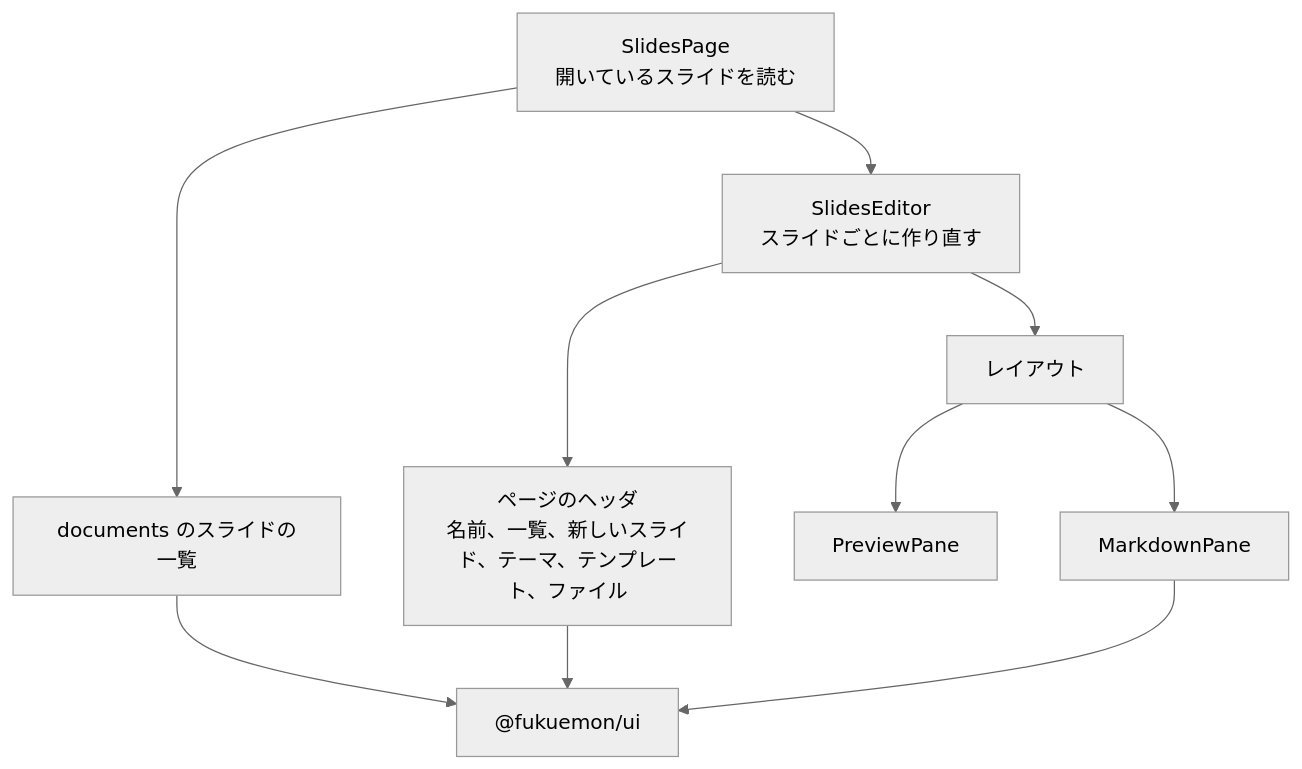
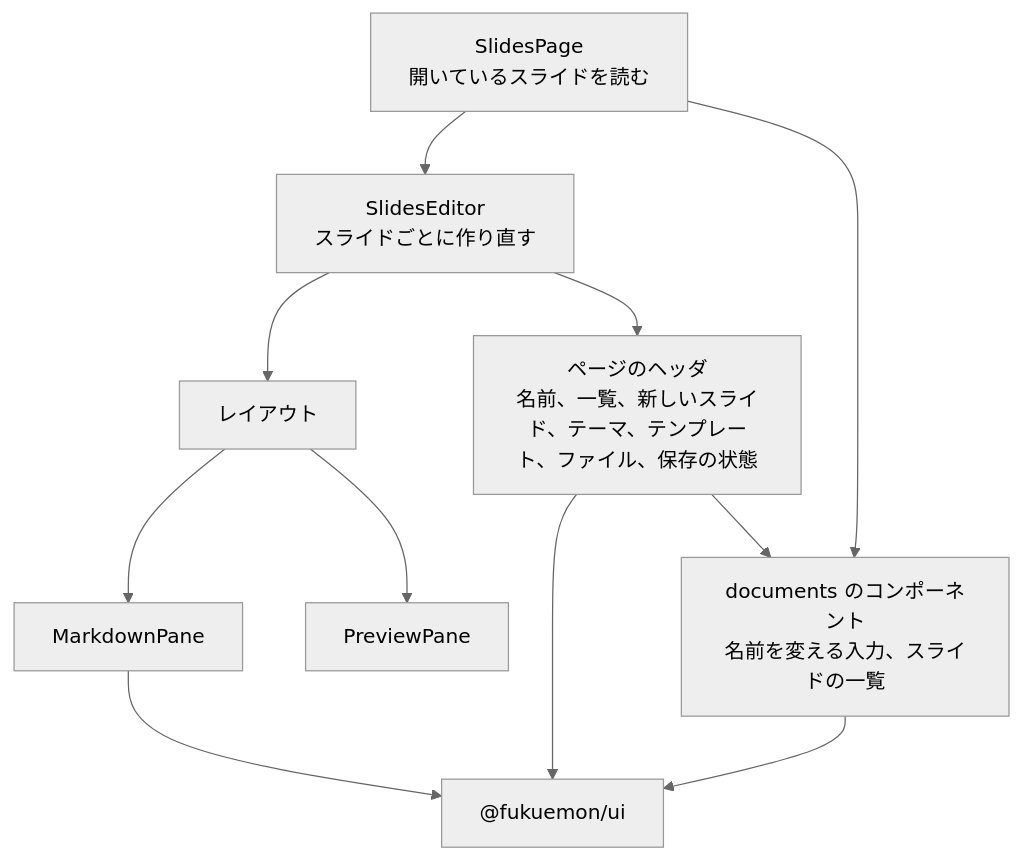
The second of 4 diagrams in docs/design/features/slides/DesignDoc.md (Fukuemon/fukuemon.dev), drawn with Mermaid (neutral theme) before and after one commit. The commit also changed other lines of this file and 2 other files, not shown here.

````diff
--- a/docs/design/features/slides/DesignDoc.md
+++ b/docs/design/features/slides/DesignDoc.md
@@ -210,18 +220,19 @@
 ```mermaid
 flowchart TB
   page["SlidesPage<br/>開いているスライドを読む"]
   doc["SlidesEditor<br/>スライドごとに作り直す"]
-  header["ページのヘッダ<br/>名前、一覧、新しいスライド、テーマ、テンプレート、ファイル"]
+  header["ページのヘッダ<br/>名前、一覧、新しいスライド、テーマ、テンプレート、ファイル、保存の状態"]
   layout["レイアウト"]
   editor["MarkdownPane"]
   preview["PreviewPane"]
-  list["documents のスライドの一覧"]
+  list["documents のコンポーネント<br/>名前を変える入力、スライドの一覧"]
   ui["@fukuemon/ui"]
 
   page --> doc
   page --> list --> ui
   doc --> header --> ui
+  header --> list
   doc --> layout
   layout --> editor --> ui
   layout --> preview
 ```
````
